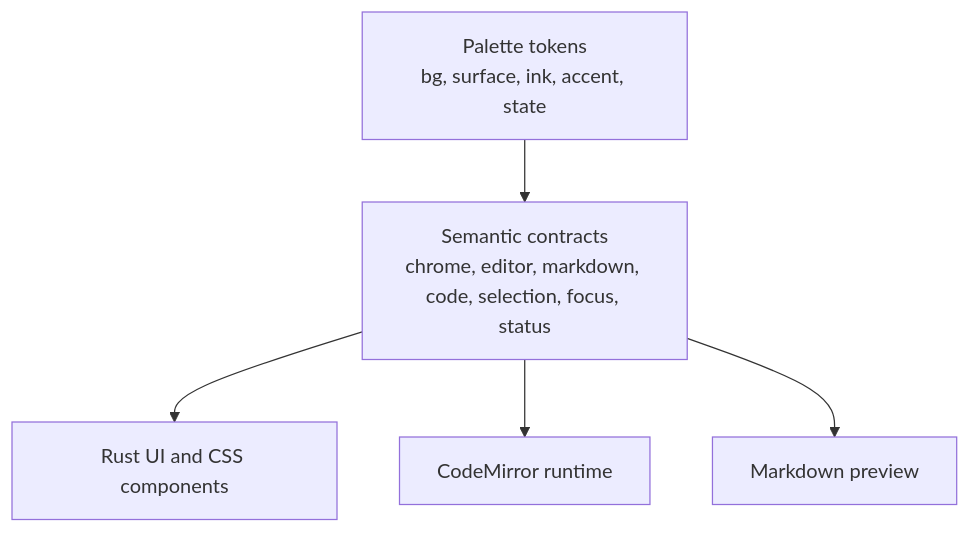
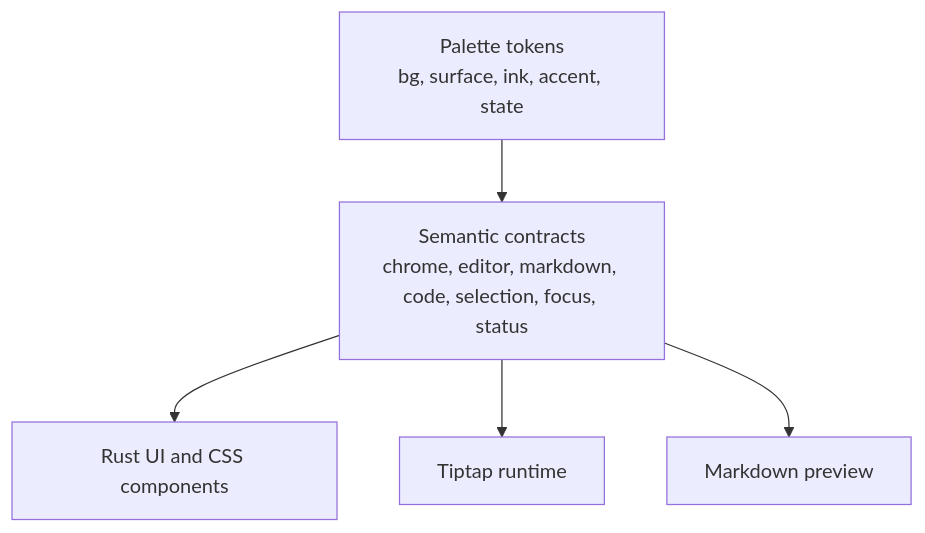
Before and after one commit to Youzi2233/papyro: the diagram in docs/theme-system.md, drawn with Mermaid. The commit also changed other lines of this file and 19 other files, not shown here.

Commit message:
docs(editor): update tiptap runtime guidance

````diff
--- a/docs/theme-system.md
+++ b/docs/theme-system.md
@@ -7,13 +7,13 @@
 ```mermaid
 flowchart TD
     palette["Palette tokens<br/>bg, surface, ink, accent, state"]
     semantic["Semantic contracts<br/>chrome, editor, markdown, code, selection, focus, status"]
     components["Rust UI and CSS components"]
-    editor["CodeMirror runtime"]
+    editor["Tiptap runtime"]
     preview["Markdown preview"]
 
     palette --> semantic
     semantic --> components
     semantic --> editor
     semantic --> preview
 ```
````
